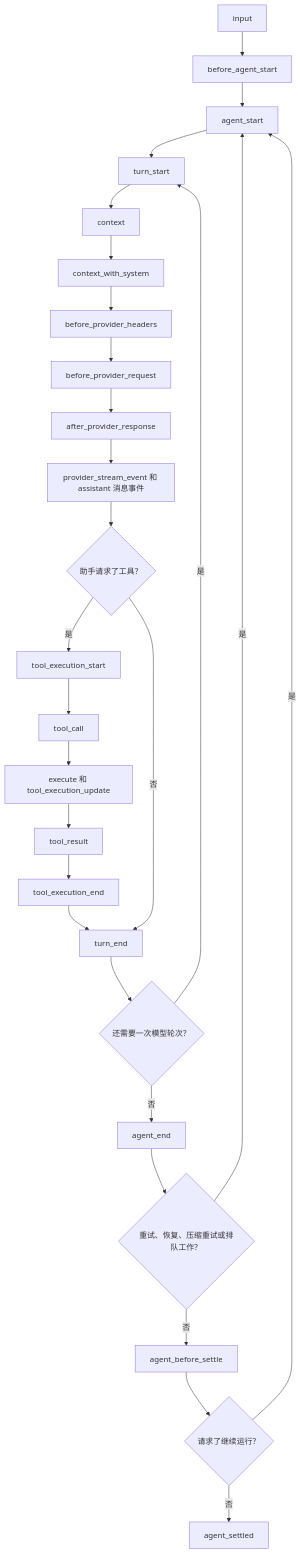
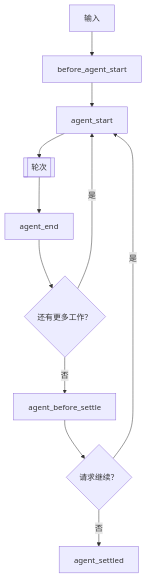
One commit to Lizhen0628/pi-dev-chinese changed the first of 3 diagrams in docs-md/extensions.md. Above: the diagram before and after it, drawn with Mermaid. The commit also changed other lines of this file and 4 other files, not shown here.

````diff
--- a/docs-md/extensions.md
+++ b/docs-md/extensions.md
@@ -64,29 +64,13 @@
 ```mermaid
 flowchart TD
-    Input["input"] --> Before["before_agent_start"]
+    Input["输入"] --> Before["before_agent_start"]
     Before --> AgentStart["agent_start"]
-    AgentStart --> TurnStart["turn_start"]
-    TurnStart --> Context["context"]
-    Context --> ContextSystem["context_with_system"]
-    ContextSystem --> Headers["before_provider_headers"]
-    Headers --> Request["before_provider_request"]
-    Request --> Response["after_provider_response"]
-    Response --> Stream["provider_stream_event 和 assistant 消息事件"]
-    Stream --> ToolDecision{"助手请求了工具？"}
-    ToolDecision -->|是| ToolStart["tool_execution_start"]
-    ToolStart --> ToolCall["tool_call"]
-    ToolCall --> Execute["execute 和 tool_execution_update"]
-    Execute --> ToolResult["tool_result"]
-    ToolResult --> ToolEnd["tool_execution_end"]
-    ToolEnd --> TurnEnd["turn_end"]
-    ToolDecision -->|否| TurnEnd
-    TurnEnd --> MoreTurns{"还需要一次模型轮次？"}
-    MoreTurns -->|是| TurnStart
-    MoreTurns -->|否| AgentEnd["agent_end"]
-    AgentEnd --> MoreRuns{"重试、恢复、压缩重试或排队工作？"}
+    AgentStart --> Turns[["轮次"]]
+    Turns --> AgentEnd["agent_end"]
+    AgentEnd --> MoreRuns{"还有更多工作？"}
     MoreRuns -->|是| AgentStart
     MoreRuns -->|否| BeforeSettle["agent_before_settle"]
-    BeforeSettle --> Continue{"请求了继续运行？"}
+    BeforeSettle --> Continue{"请求继续？"}
     Continue -->|是| AgentStart
     Continue -->|否| Settled["agent_settled"]
 ```
````
